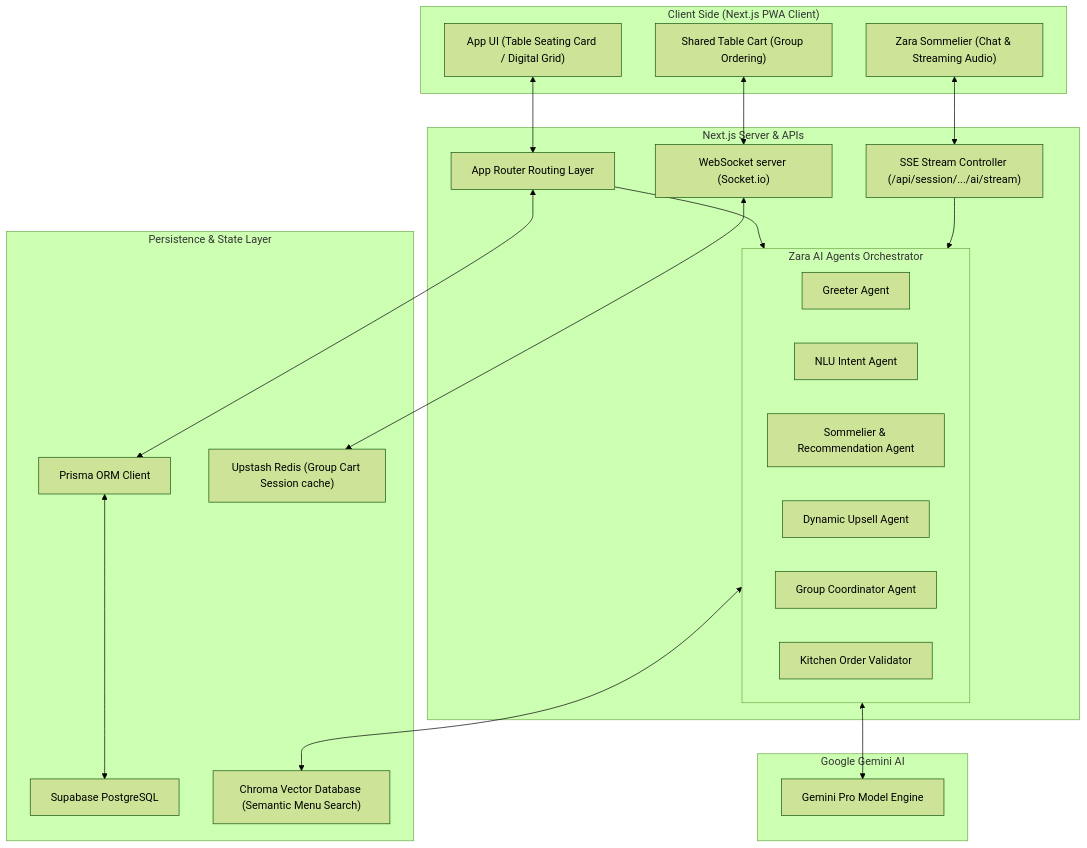
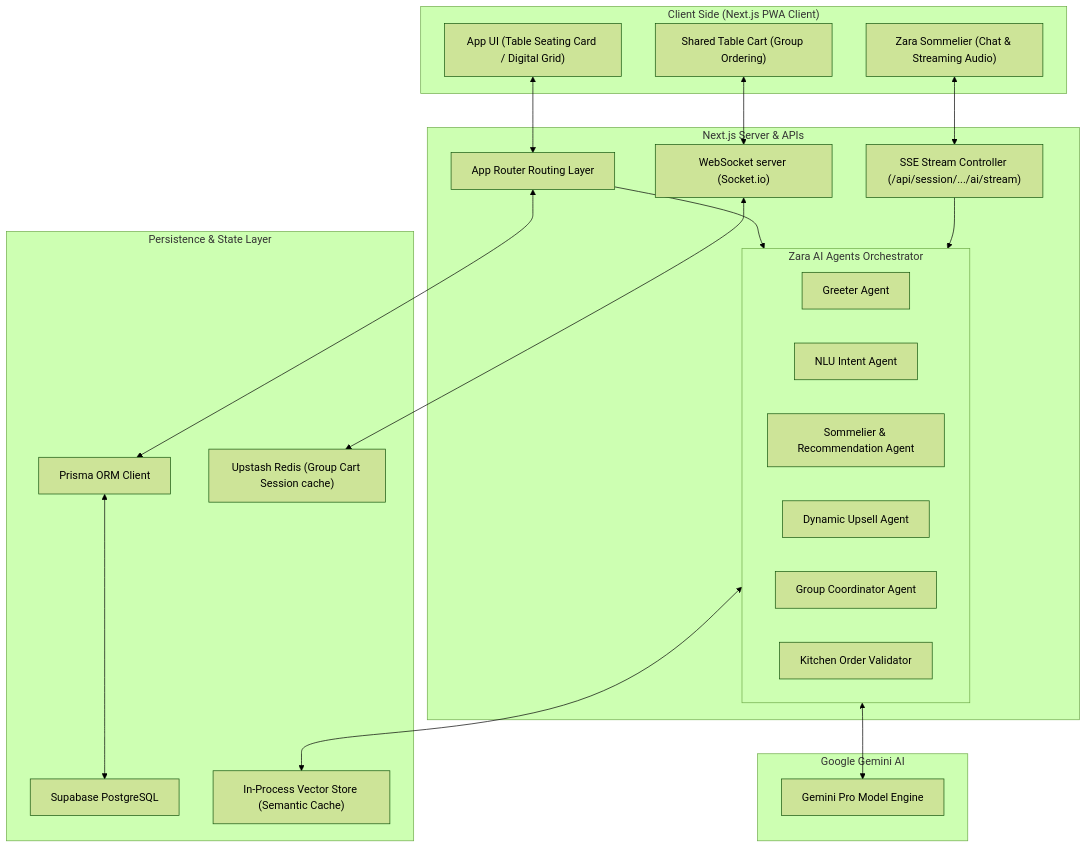
The diagram in README.md (JKSANJAY27/smart-dining-assistant), drawn with Mermaid (forest theme) before and after one commit. The commit also changed other lines of this file and 7 other files, not shown here.

Commit message:
feat: implement core AI-driven dining interface with real-time WebSocket state management and multi-agent architecture

````diff
--- a/README.md
+++ b/README.md
@@ -19,52 +62,52 @@
 ```mermaid
 flowchart TD
     %% Client Tier
     subgraph Client ["Client Side (Next.js PWA Client)"]
         UI["App UI (Table Seating Card / Digital Grid)"]
         Zara["Zara Sommelier (Chat & Streaming Audio)"]
         Cart["Shared Table Cart (Group Ordering)"]
     end
 
     %% Gateway / Server
     subgraph Server ["Next.js Server & APIs"]
         Router["App Router Routing Layer"]
         SSE["SSE Stream Controller (/api/session/.../ai/stream)"]
         SocketServer["WebSocket server (Socket.io)"]
         
         subgraph Agents ["Zara AI Agents Orchestrator"]
             Greeter["Greeter Agent"]
             NLU["NLU Intent Agent"]
             Somm["Sommelier & Recommendation Agent"]
             Upsell["Dynamic Upsell Agent"]
             GroupCoord["Group Coordinator Agent"]
             Validator["Kitchen Order Validator"]
         end
     end
 
     %% State & Storage
     subgraph Database ["Persistence & State Layer"]
         Supabase["Supabase PostgreSQL"]
         Prisma["Prisma ORM Client"]
         Redis["Upstash Redis (Group Cart Session cache)"]
-        VectorDB["Chroma Vector Database (Semantic Menu Search)"]
+        VectorDB["In-Process Vector Store (Semantic Cache)"]
     end
 
     %% AI Model Tier
     subgraph Gemini ["Google Gemini AI"]
         Model["Gemini Pro Model Engine"]
     end
 
     %% Connections
     UI <--> Router
     Zara <--> SSE
     Cart <--> SocketServer
     
     Router --> Agents
     SSE --> Agents
     Agents <--> Model
     Agents <--> VectorDB
     
     Router <--> Prisma
     Prisma <--> Supabase
     SocketServer <--> Redis
 ```
````
